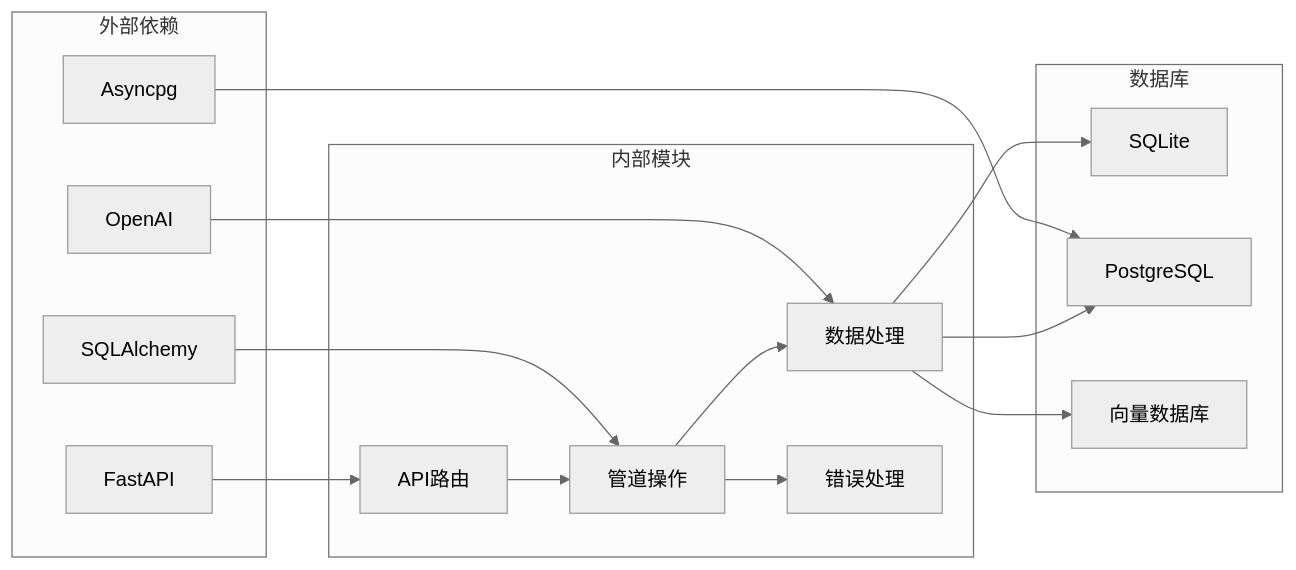
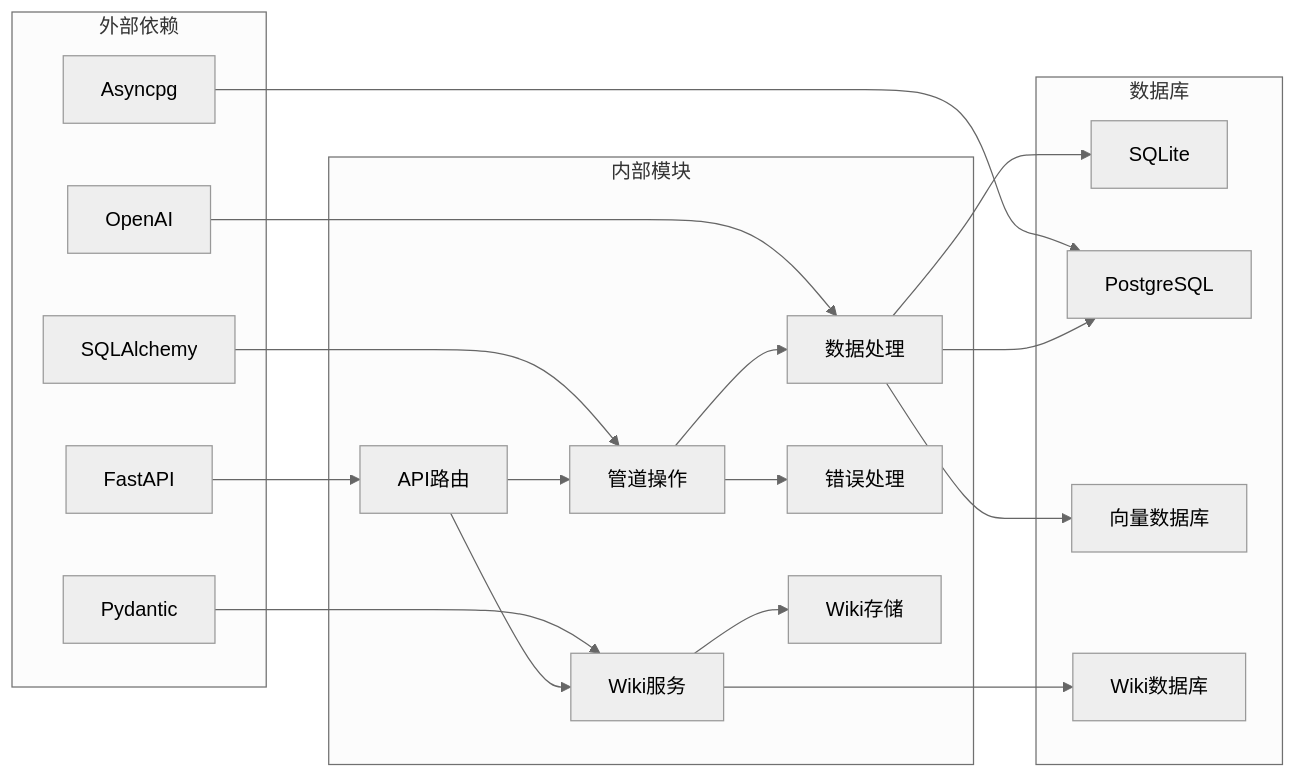
One commit to alvinwangzi/m_flow changed the seventh of 8 diagrams in .qoder/repowiki/zh/content/开发指南/上传故障排除指南.md. Above: the diagram before and after it, drawn with Mermaid (neutral theme). The commit also changed other lines of this file and 2 other files, not shown here.

````diff
--- a/.qoder/repowiki/zh/content/开发指南/上传故障排除指南.md
+++ b/.qoder/repowiki/zh/content/开发指南/上传故障排除指南.md
@@ -215,30 +288,38 @@
 ```mermaid
 graph LR
 subgraph "外部依赖"
 A[FastAPI]
 B[SQLAlchemy]
 C[Asyncpg]
 D[OpenAI]
+E[Pydantic]
 end
 subgraph "内部模块"
-E[API路由]
-F[管道操作]
-G[数据处理]
-H[错误处理]
+F[API路由]
+G[管道操作]
+H[数据处理]
+I[错误处理]
+J[Wiki服务]
+K[Wiki存储]
 end
 subgraph "数据库"
-I[SQLite]
-J[PostgreSQL]
-K[向量数据库]
+L[SQLite]
+M[PostgreSQL]
+N[向量数据库]
+O[Wiki数据库]
 end
-A --> E
-B --> F
-C --> J
-D --> G
-E --> F
+A --> F
+B --> G
+C --> M
+D --> H
+E --> J
 F --> G
-F --> H
+F --> J
+G --> H
 G --> I
-G --> J
-G --> K
+H --> L
+H --> M
+H --> N
+J --> K
+J --> O
 ```
````
